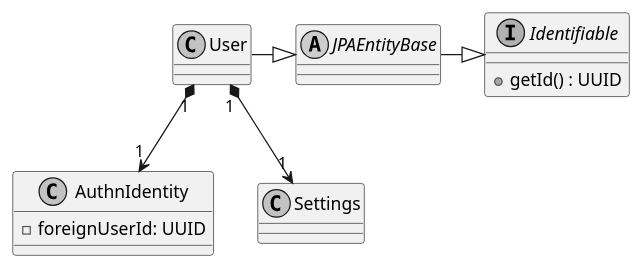
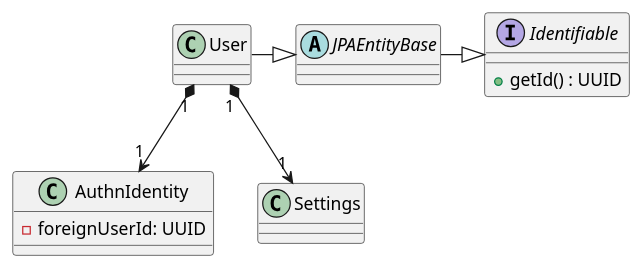
The diagram in user.puml (xenoterracide/iw-pm-backend), drawn with PlantUML before and after one commit.

Commit message:
skinparam remove

```diff
--- a/user.puml
+++ b/user.puml
@@ -1,19 +1,17 @@
 @startuml
-skinparam monochrome true
-
 interface Identifiable {
    +getId() : UUID
 }
 
 abstract JPAEntityBase
 
 class AuthnIdentity {
     -foreignUserId: UUID
 }
 
 JPAEntityBase -|> Identifiable
 User -|> JPAEntityBase
 
 User "1" *--> "1" AuthnIdentity
 User "1" *--> "1" Settings
 @enduml
```
